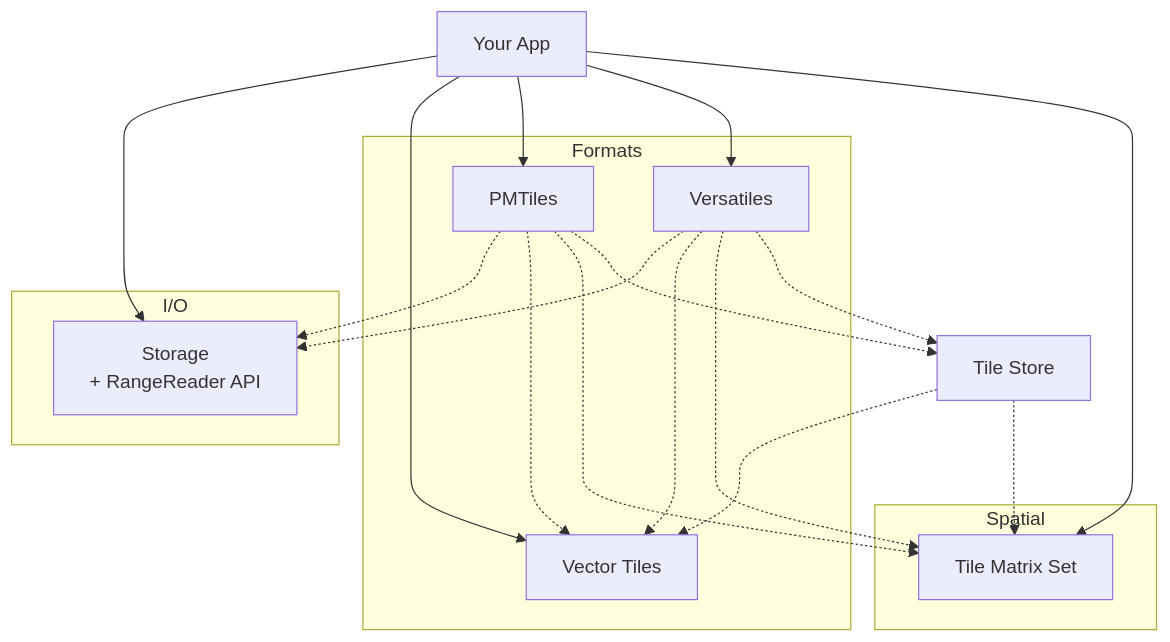
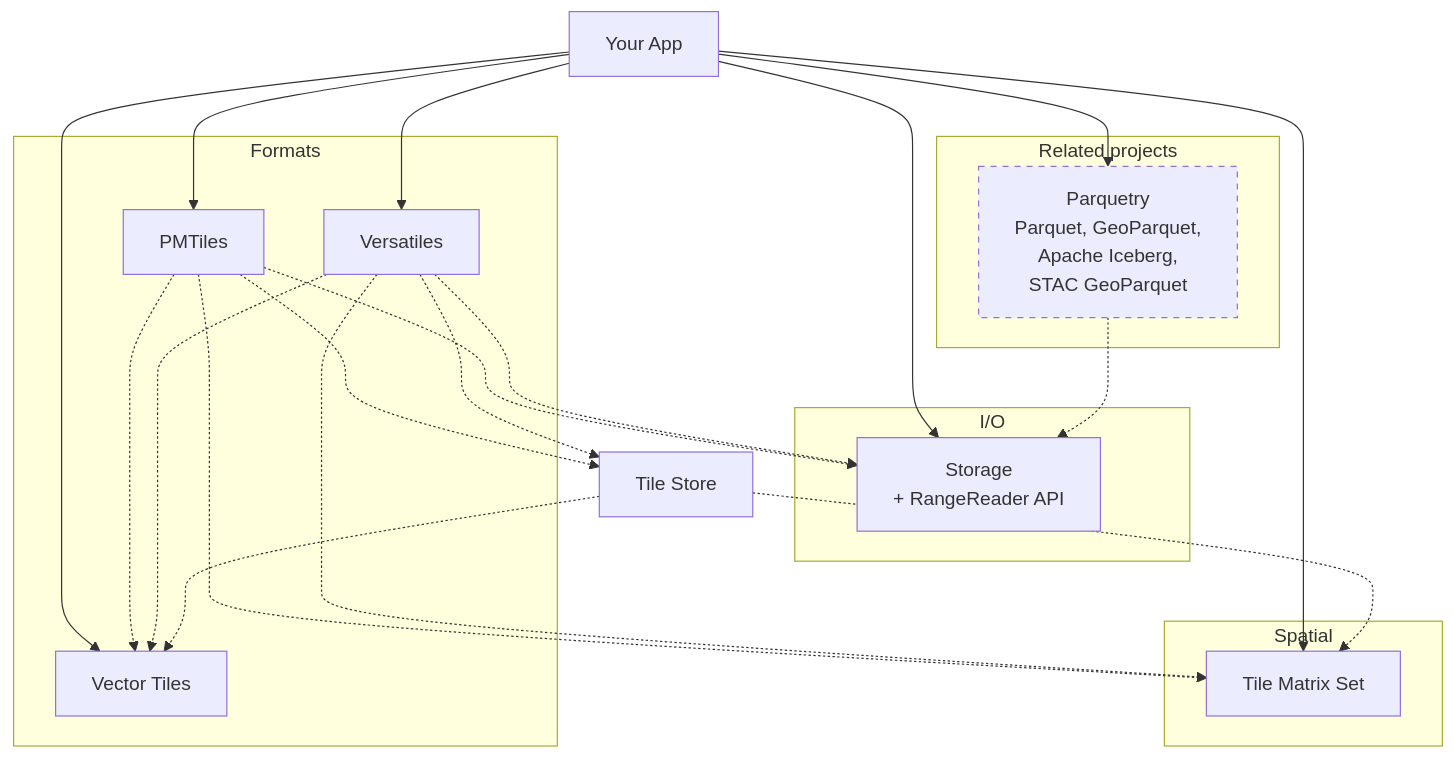
One commit to tileverse-io/tileverse changed the diagram in docs/src/index.md. Above: the diagram before and after it, drawn with Mermaid. The commit also changed other lines of this file and 4 other files, not shown here.

````diff
--- a/docs/src/index.md
+++ b/docs/src/index.md
@@ -27,39 +31,49 @@
 ```mermaid
 graph TD
     App[Your App]
 
     subgraph "I/O"
         ST[Storage<br/>+ RangeReader API]
     end
 
     subgraph "Formats"
         VT[Vector Tiles]
         PMT[PMTiles]
         VER[Versatiles]
     end
 
     subgraph "Spatial"
         TMS[Tile Matrix Set]
     end
 
     TS[Tile Store]
 
+    subgraph "Related projects"
+        PQ["Parquetry<br/>Parquet, GeoParquet,<br/>Apache Iceberg,<br/>STAC GeoParquet"]
+    end
+
     App --> ST
     App --> VT
     App --> PMT
     App --> VER
     App --> TMS
 
     PMT -.-> ST
     PMT -.-> VT
     PMT -.-> TMS
     PMT -.-> TS
 
     VER -.-> ST
     VER -.-> VT
     VER -.-> TMS
     VER -.-> TS
 
     TS -.-> VT
     TS -.-> TMS
+
+    App --> PQ
+    PQ -.-> ST
+
+    classDef external stroke-dasharray: 5 5
+    class PQ external
 ```
````
